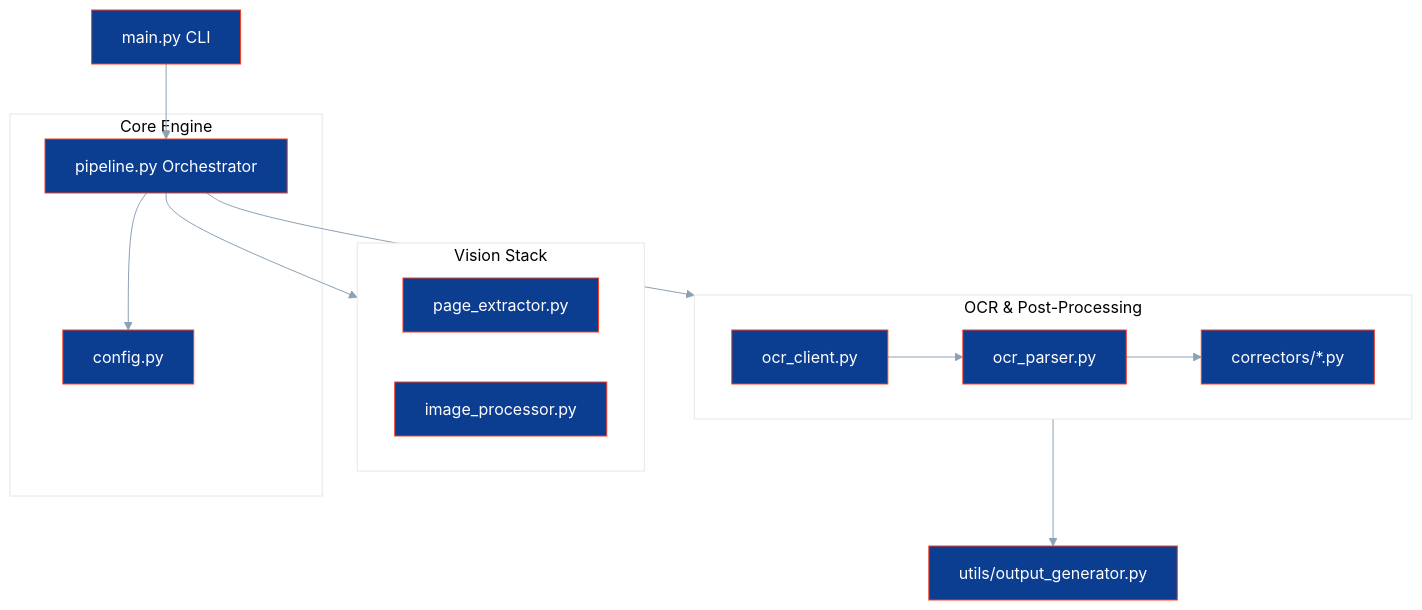
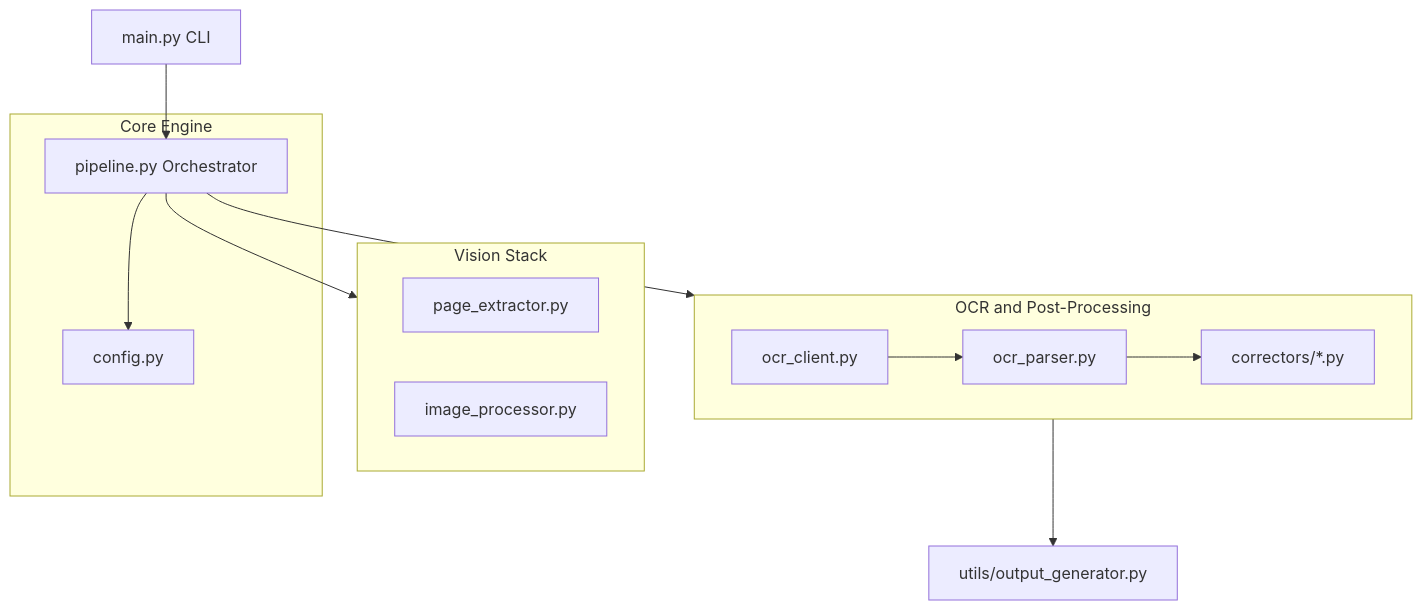
One commit to JeanLouisParent/Nasa-Transcript-Processor changed the diagram in docs/ARCHITECTURE.md. Above: the diagram before and after it, drawn with Mermaid. The commit also changed other lines of this file and 5 other files, not shown here.

````diff
--- a/docs/ARCHITECTURE.md
+++ b/docs/ARCHITECTURE.md
@@ -7,26 +8,25 @@
 ```mermaid
-%%{init: {'theme': 'base', 'themeVariables': { 'primaryColor': '#0B3D91', 'primaryTextColor': '#fff', 'primaryBorderColor': '#FC3D21', 'lineColor': '#8BA1B4', 'secondaryColor': '#8BA1B4', 'tertiaryColor': '#fff'}}}%%
 flowchart TD
     CLI[main.py CLI] --> ORCH[pipeline.py Orchestrator]
-    
+
     subgraph Core[Core Engine]
         ORCH --> CFG[config.py]
     end
 
     subgraph Processors[Vision Stack]
         EXT[page_extractor.py]
         IMG[image_processor.py]
     end
 
-    subgraph Intelligence[OCR & Post-Processing]
+    subgraph Intelligence[OCR and Post-Processing]
         CLIENT[ocr_client.py]
         PARSER[ocr_parser.py]
         CORR[correctors/*.py]
     end
 
     ORCH --> Processors
     ORCH --> Intelligence
     PARSER --> CORR
     Intelligence --> OUT[utils/output_generator.py]
     CLIENT --> PARSER
 ```
````
